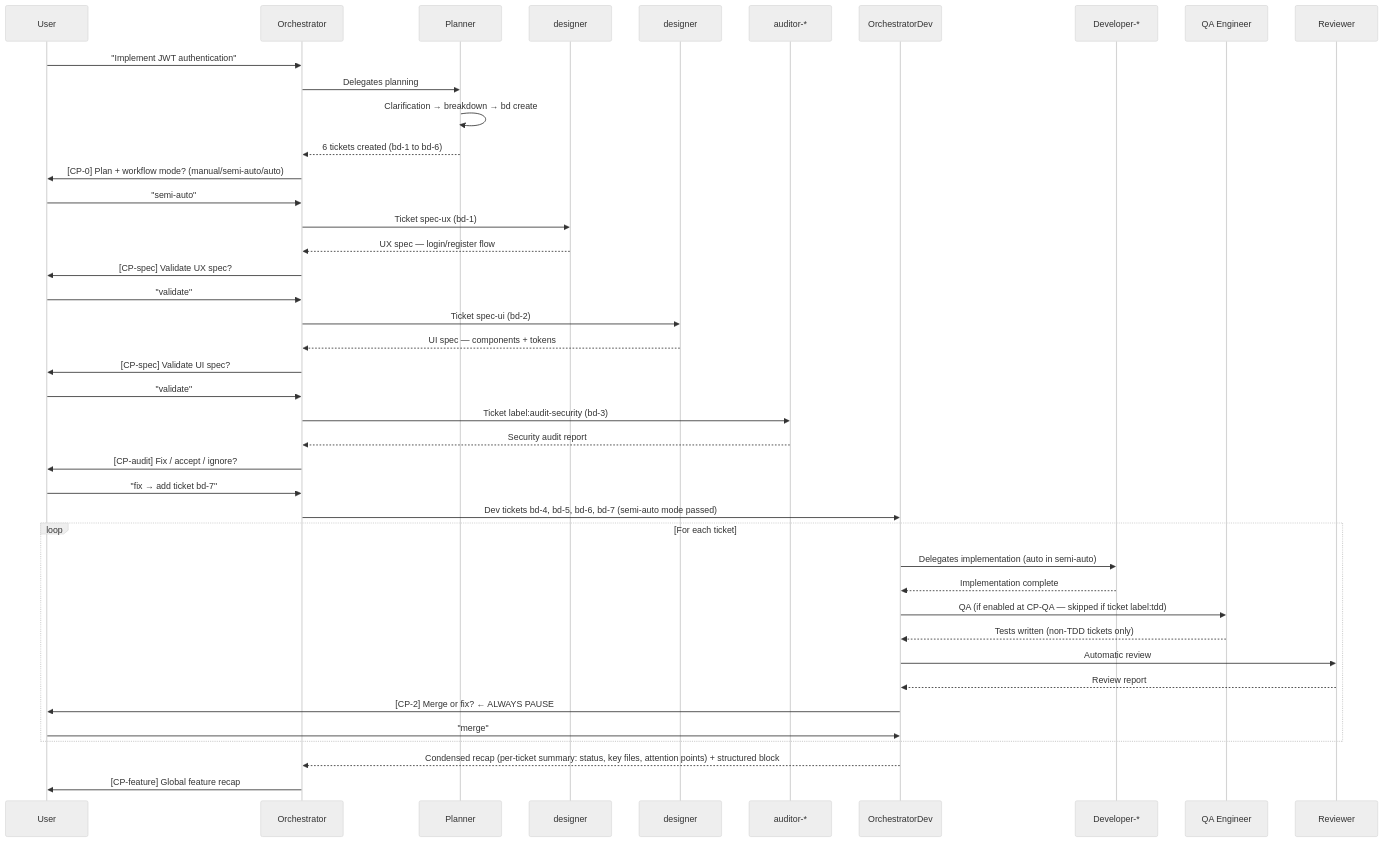
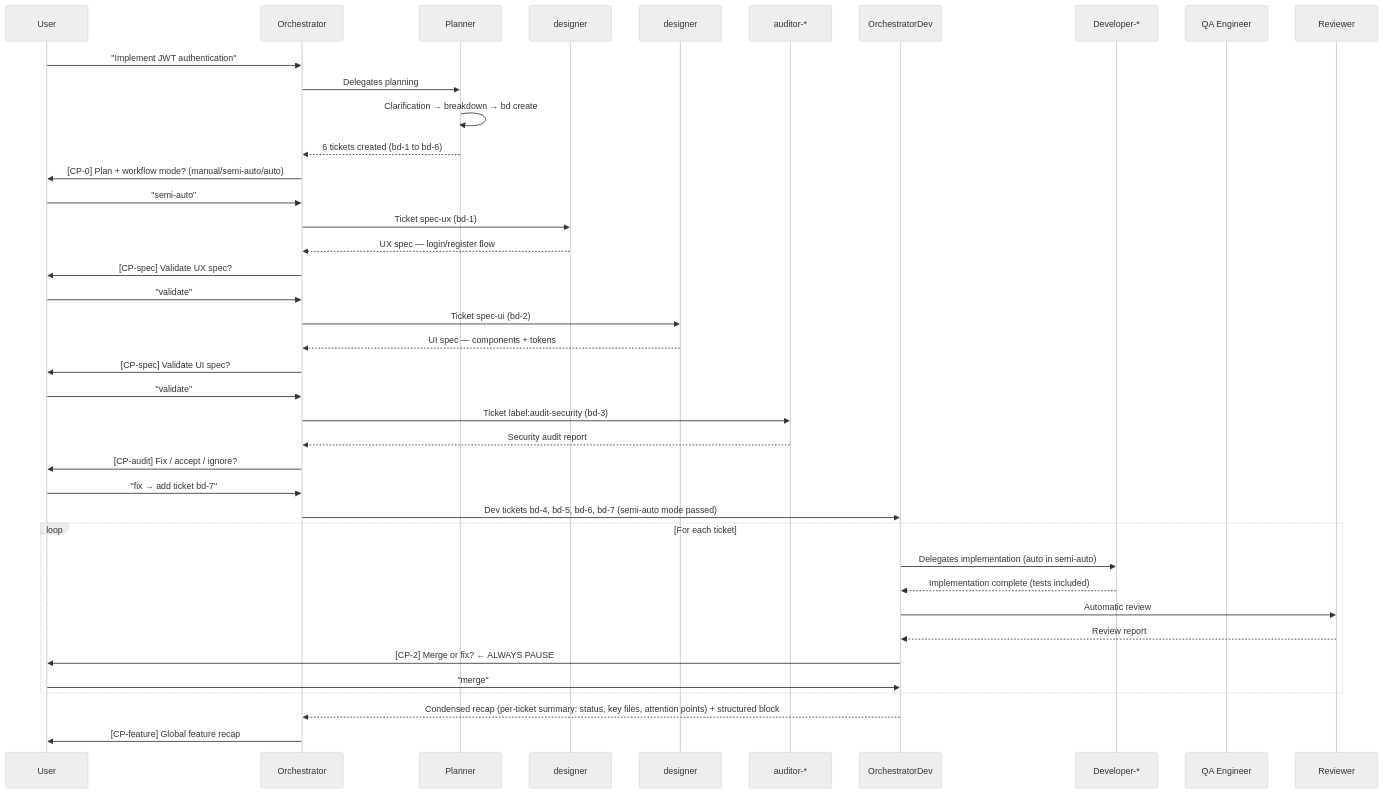
The first of 6 diagrams in docs/guides/workflows.en.md (datichb/openhub), drawn with Mermaid (neutral theme) before and after one commit. The commit also changed other lines of this file and 60 other files, not shown here.

````diff
--- a/docs/guides/workflows.en.md
+++ b/docs/guides/workflows.en.md
@@ -95,50 +95,48 @@
 ```mermaid
 sequenceDiagram
     participant U as User
     participant O as Orchestrator
     participant PL as Planner
     participant UX as designer
     participant UI as designer
     participant AU as auditor-*
     participant OD as OrchestratorDev
     participant DEV as Developer-*
     participant QA as QA Engineer
     participant R as Reviewer
 
     U->>O: "Implement JWT authentication"
     O->>PL: Delegates planning
     PL->>PL: Clarification → breakdown → bd create
     PL-->>O: 6 tickets created (bd-1 to bd-6)
     O->>U: [CP-0] Plan + workflow mode? (manual/semi-auto/auto)
     U->>O: "semi-auto"
 
     O->>UX: Ticket spec-ux (bd-1)
     UX-->>O: UX spec — login/register flow
     O->>U: [CP-spec] Validate UX spec?
     U->>O: "validate"
 
     O->>UI: Ticket spec-ui (bd-2)
     UI-->>O: UI spec — components + tokens
     O->>U: [CP-spec] Validate UI spec?
     U->>O: "validate"
 
     O->>AU: Ticket label:audit-security (bd-3)
     AU-->>O: Security audit report
     O->>U: [CP-audit] Fix / accept / ignore?
     U->>O: "fix → add ticket bd-7"
 
     O->>OD: Dev tickets bd-4, bd-5, bd-6, bd-7 (semi-auto mode passed)
     loop For each ticket
         OD->>DEV: Delegates implementation (auto in semi-auto)
-        DEV-->>OD: Implementation complete
-        OD->>QA: QA (if enabled at CP-QA — skipped if ticket label:tdd)
-        QA-->>OD: Tests written (non-TDD tickets only)
+        DEV-->>OD: Implementation complete (tests included)
         OD->>R: Automatic review
         R-->>OD: Review report
         OD->>U: [CP-2] Merge or fix? ← ALWAYS PAUSE
         U->>OD: "merge"
     end
     OD-->>O: Condensed recap (per-ticket summary: status, key files, attention points) + structured block
 
     O->>U: [CP-feature] Global feature recap
 ```
````
